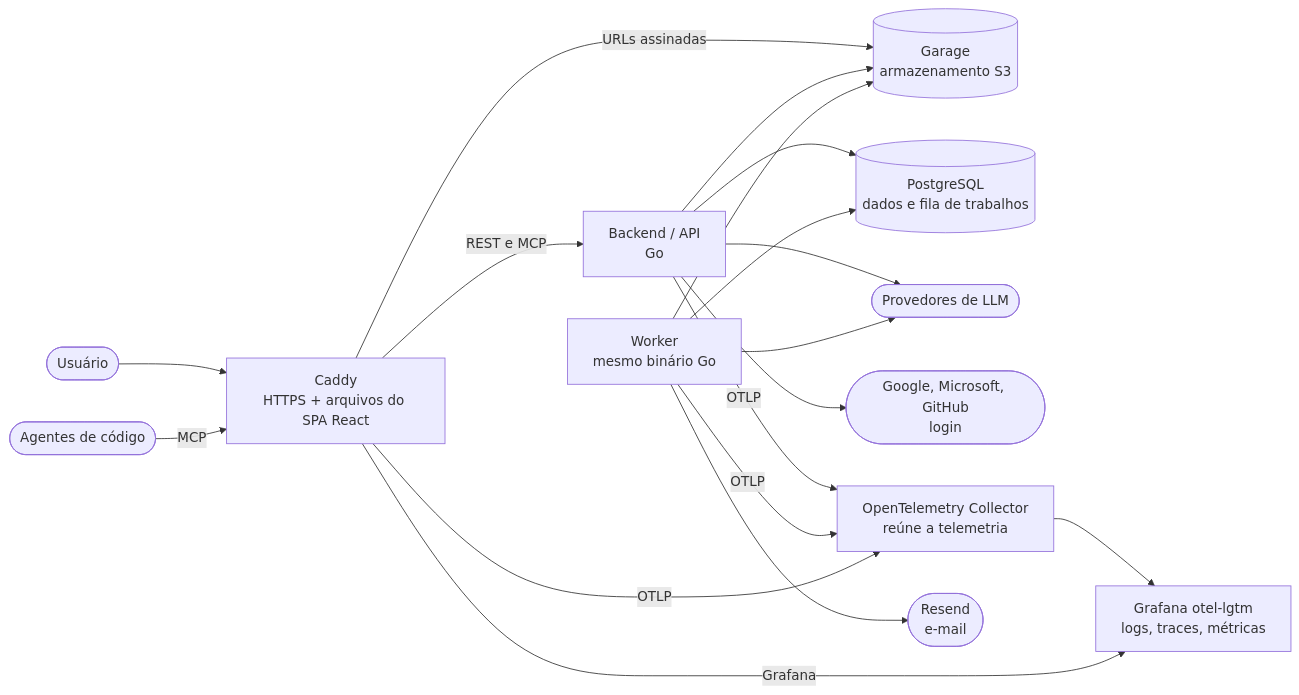
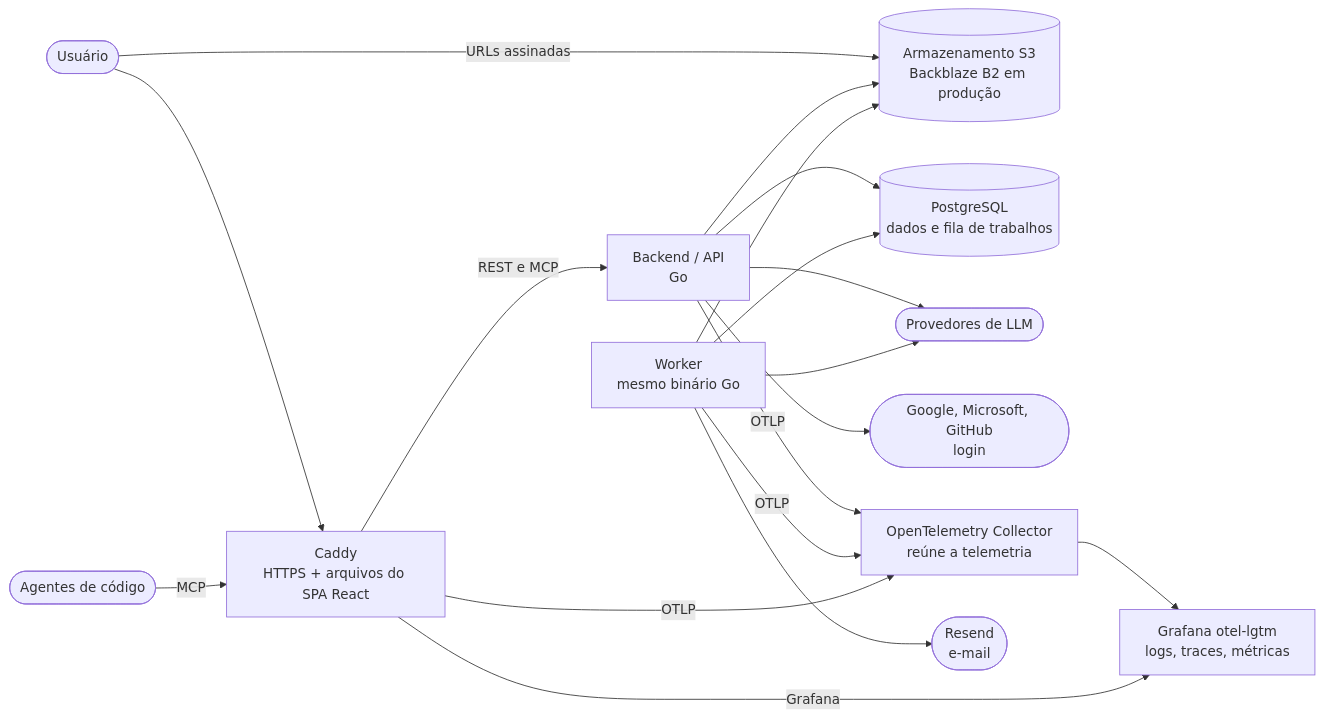
Before and after one commit to dannilodms/forgespark: the diagram in README.pt-BR.md, drawn with Mermaid. The commit also changed other lines of this file and 14 other files, not shown here.

````diff
--- a/README.pt-BR.md
+++ b/README.pt-BR.md
@@ -43,20 +43,20 @@
 ```mermaid
 flowchart LR
     user([Usuário]) --> proxy[Caddy<br/>HTTPS + arquivos do SPA React]
     agents([Agentes de código]) -->|MCP| proxy
     proxy -->|REST e MCP| api[Backend / API<br/>Go]
-    proxy -->|URLs assinadas| storage[(Garage<br/>armazenamento S3)]
+    user -->|URLs assinadas| storage[(Armazenamento S3<br/>Backblaze B2 em produção)]
     api --> db[(PostgreSQL<br/>dados e fila de trabalhos)]
     api --> storage
     api --> llm([Provedores de LLM])
     api --> idp([Google, Microsoft, GitHub<br/>login])
     api -->|OTLP| collector[OpenTelemetry Collector<br/>reúne a telemetria]
     worker[Worker<br/>mesmo binário Go] --> db
     worker --> storage
     worker --> llm
     worker --> mail([Resend<br/>e-mail])
     worker -->|OTLP| collector
     proxy -->|OTLP| collector
     collector --> telemetry[Grafana otel-lgtm<br/>logs, traces, métricas]
     proxy -->|Grafana| telemetry
 ```
````
